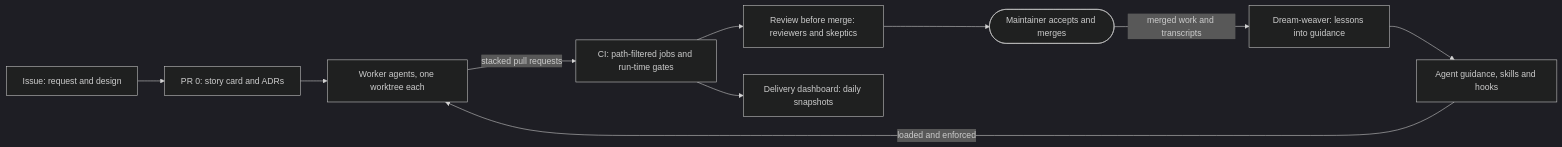
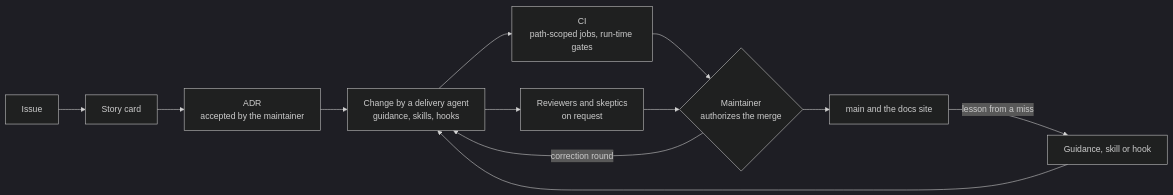
Before and after one commit to mgasca/calendar: the diagram in docs/narratives/calendar/method.mmd, drawn with Mermaid (dark theme). The commit also changed 11 other files, not shown here.

```diff
--- a/docs/narratives/calendar/method.mmd
+++ b/docs/narratives/calendar/method.mmd
@@ -1,17 +1,12 @@
 flowchart LR
-  issue["Issue: request and design"]
-  card["PR 0: story card and ADRs"]
-  worker["Worker agents, one worktree each"]
-  guidance["Agent guidance, skills and hooks"]
-  ci["CI: path-filtered jobs and run-time gates"]
-  review["Review before merge: reviewers and skeptics"]
-  maintainer(["Maintainer accepts and merges"])
-  lessons["Dream-weaver: lessons into guidance"]
-  dashboard["Delivery dashboard: daily snapshots"]
-  issue --> card --> worker
-  guidance -->|loaded and enforced| worker
-  worker -->|stacked pull requests| ci
-  ci --> review --> maintainer
-  maintainer -->|merged work and transcripts| lessons
-  lessons --> guidance
-  ci --> dashboard
+    issue[Issue] --> card[Story card]
+    card --> adr[ADR<br/>accepted by the maintainer]
+    adr --> change[Change by a delivery agent<br/>guidance, skills, hooks]
+    change --> ci[CI<br/>path-scoped jobs, run-time gates]
+    change --> review[Reviewers and skeptics<br/>on request]
+    ci --> merge{Maintainer<br/>authorizes the merge}
+    review --> merge
+    merge -->|correction round| change
+    merge --> main[main and the docs site]
+    main -->|lesson from a miss| guidance[Guidance, skill or hook]
+    guidance --> change
```
